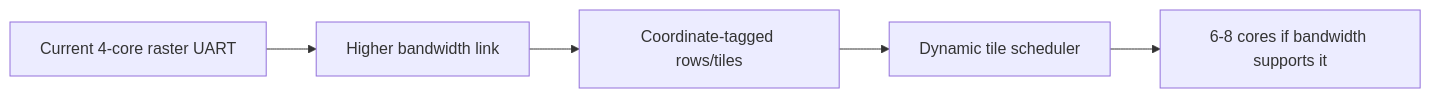
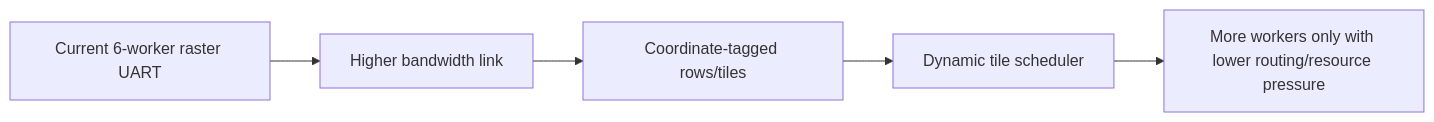
Before and after one commit to RESBI/FPGA-Mandelbrot-Demo: the seventh of 7 diagrams in doc/ARCHITECTURE_EVOLUTION_REPORT.md, drawn with Mermaid. The commit also changed other lines of this file and 12 other files, not shown here.

````diff
--- a/doc/ARCHITECTURE_EVOLUTION_REPORT.md
+++ b/doc/ARCHITECTURE_EVOLUTION_REPORT.md
@@ -767,7 +816,7 @@
 ```mermaid
 flowchart LR
-    NOW[Current 4-core raster UART] --> LINK[Higher bandwidth link]
+    NOW[Current 6-worker raster UART] --> LINK[Higher bandwidth link]
     LINK --> PROTO[Coordinate-tagged rows/tiles]
     PROTO --> SCHED[Dynamic tile scheduler]
-    SCHED --> CORES[6-8 cores if bandwidth supports it]
+    SCHED --> CORES[More workers only with lower routing/resource pressure]
 ```
````
